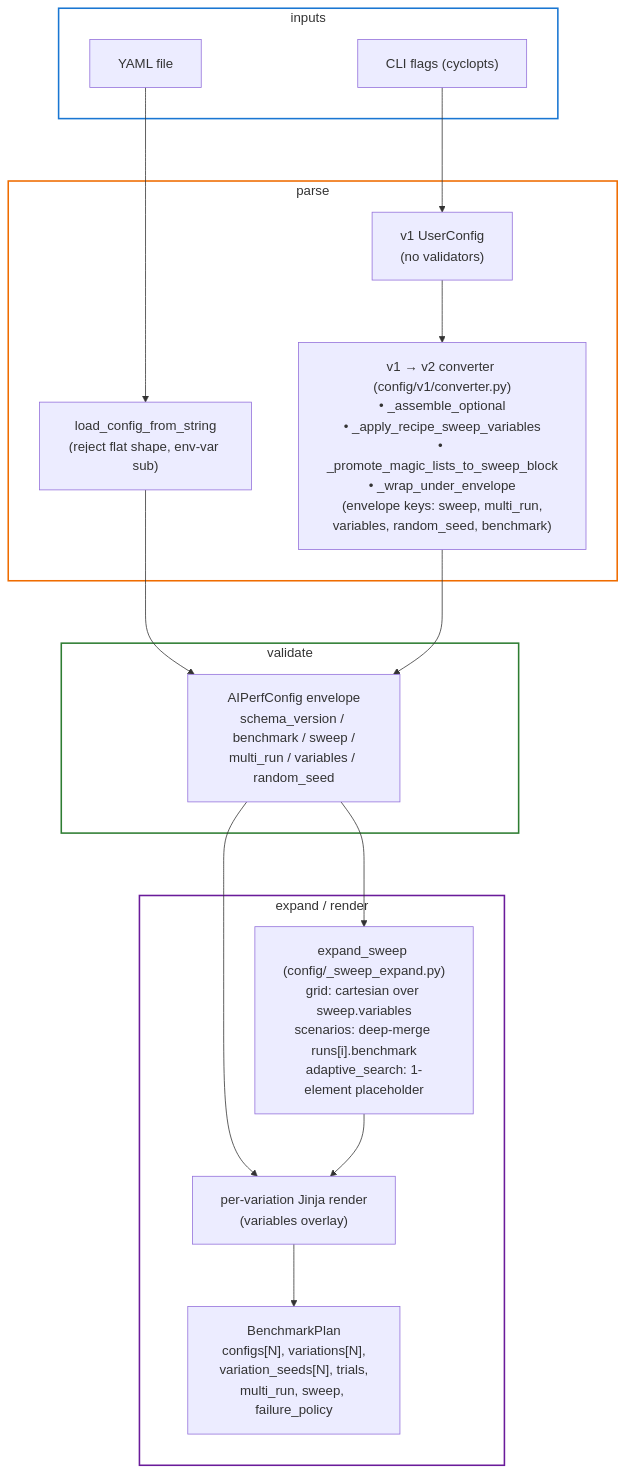
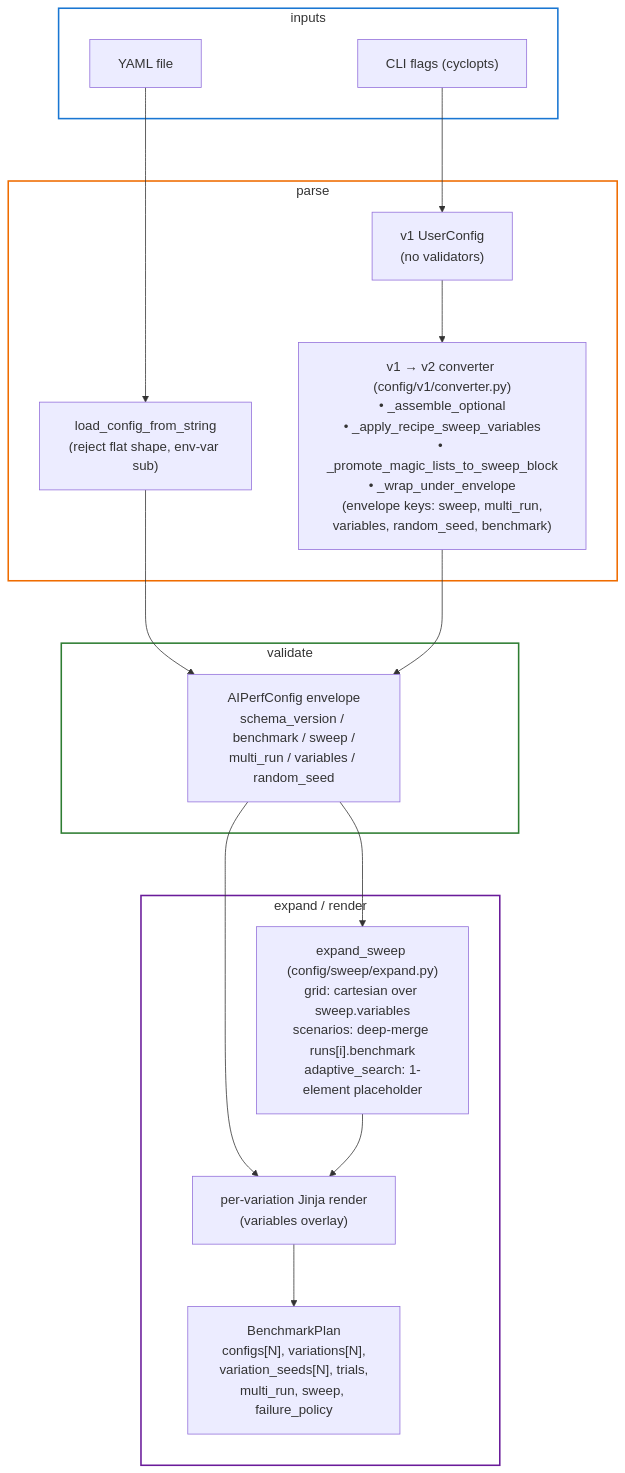
Before and after one commit to ai-dynamo/aiperf: the fourth of 24 diagrams in docs/dev/sweep-orchestrator-flow.md, drawn with Mermaid. The commit also changed other lines of this file and 7 other files, not shown here.

````diff
--- a/docs/dev/sweep-orchestrator-flow.md
+++ b/docs/dev/sweep-orchestrator-flow.md
@@ -115,40 +115,40 @@
 ```mermaid
 %%{init: {'flowchart': {'nodeSpacing': 60, 'rankSpacing': 80, 'padding': 18, 'htmlLabels': true, 'curve': 'basis'}, 'themeVariables': {'fontSize': '17px'}}}%%
 flowchart TD
     subgraph INPUTS["inputs"]
         yaml["YAML file"]
         cli["CLI flags (cyclopts)"]
     end
 
     subgraph PARSE["parse"]
         loader["load_config_from_string<br/>(reject flat shape, env-var sub)"]
         v1["v1 UserConfig<br/>(no validators)"]
         conv["v1 → v2 converter (config/v1/converter.py)<br/>• _assemble_optional<br/>• _apply_recipe_sweep_variables<br/>• _promote_magic_lists_to_sweep_block<br/>• _wrap_under_envelope<br/>(envelope keys: sweep, multi_run,<br/>variables, random_seed, benchmark)"]
     end
 
     subgraph VALIDATE["validate"]
         envelope["AIPerfConfig envelope<br/>schema_version / benchmark / sweep /<br/>multi_run / variables / random_seed"]
     end
 
     subgraph BUILD["expand / render"]
-        expand["expand_sweep (config/_sweep_expand.py)<br/>grid: cartesian over sweep.variables<br/>scenarios: deep-merge runs[i].benchmark<br/>adaptive_search: 1-element placeholder"]
+        expand["expand_sweep (config/sweep/expand.py)<br/>grid: cartesian over sweep.variables<br/>scenarios: deep-merge runs[i].benchmark<br/>adaptive_search: 1-element placeholder"]
         jinja["per-variation Jinja render<br/>(variables overlay)"]
         bp["BenchmarkPlan<br/>configs[N], variations[N],<br/>variation_seeds[N], trials,<br/>multi_run, sweep, failure_policy"]
     end
 
     yaml --> loader
     cli --> v1
     v1 --> conv
     loader --> envelope
     conv --> envelope
 
     envelope --> jinja
     envelope --> expand
     expand --> jinja
     jinja --> bp
 
     style INPUTS fill:transparent,stroke:#1976d2,stroke-width:2px,stroke-dasharray:0
     style PARSE fill:transparent,stroke:#ef6c00,stroke-width:2px,stroke-dasharray:0
     style VALIDATE fill:transparent,stroke:#2e7d32,stroke-width:2px,stroke-dasharray:0
     style BUILD fill:transparent,stroke:#6a1b9a,stroke-width:2px,stroke-dasharray:0
 ```
````
